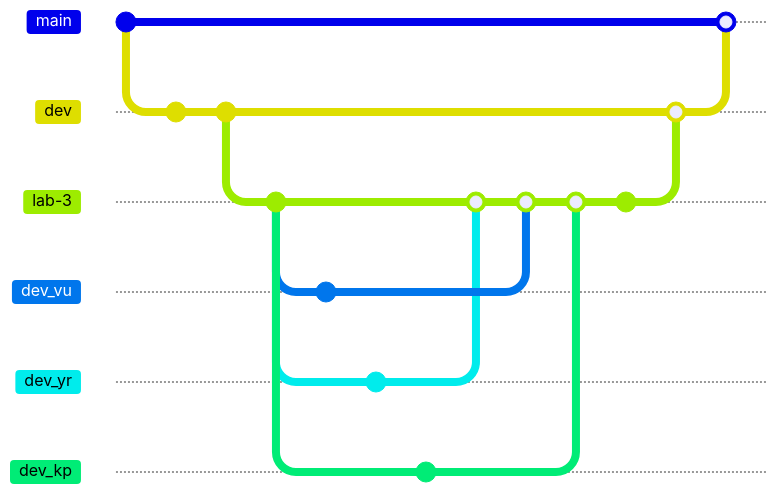
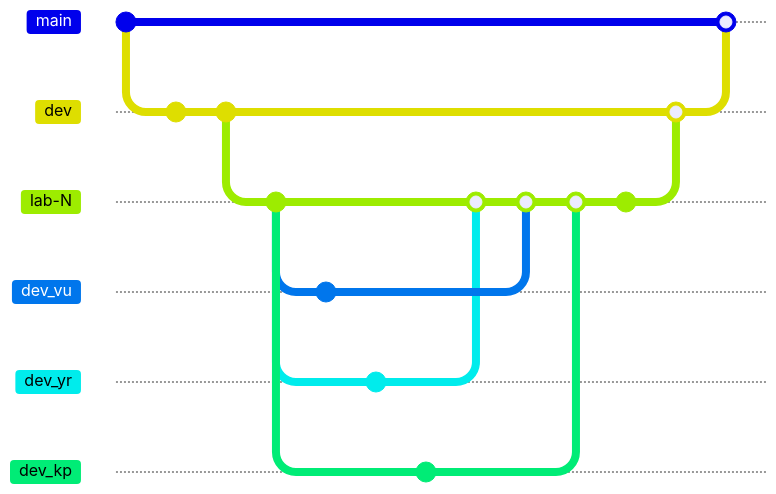
The fourth of 4 diagrams in docs/uni-labs/README.md (cyjiky/Trackly-db), drawn with Mermaid before and after one commit. The commit also changed other lines of this file and 2 other files, not shown here. Commit ids are hidden.

Commit message:
Fix database ER diagram structure

````diff
--- a/docs/uni-labs/README.md
+++ b/docs/uni-labs/README.md
@@ -141,36 +145,36 @@
 ```mermaid
 gitGraph
     commit id: "Initial commit"
     branch dev
     checkout dev
     commit id: "Lab2"
-    commit id: "Lab3"
+    commit id: "Lab-N (3-6)"
 
-    branch lab-3
+    branch lab-N
     commit
 
     branch dev_vu
     branch dev_yr
     branch dev_kp
 
     checkout dev_vu
     commit
 
     checkout dev_yr
     commit
 
     checkout dev_kp
     commit
 
-    checkout lab-3
+    checkout lab-N
     merge dev_yr
     merge dev_vu
     merge dev_kp
     commit id: "Update README"
 
     checkout dev
-    merge lab-3
+    merge lab-N
 
     checkout main
     merge dev
 ```
````
